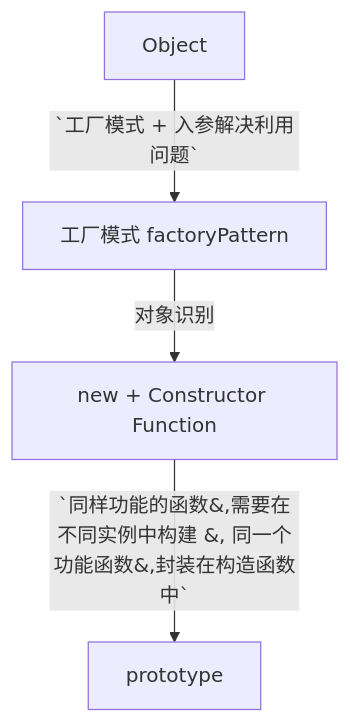
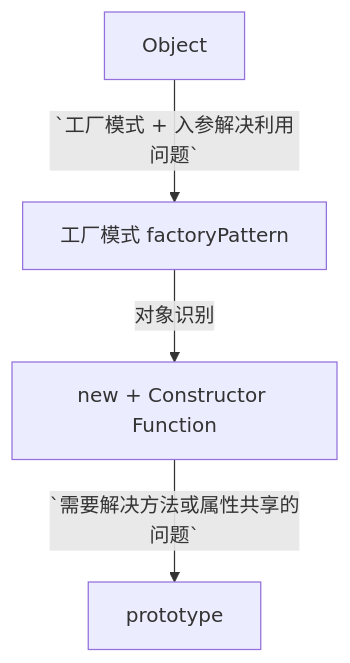
The first of 2 diagrams in source/_posts/JavaScript-Object-Oriented.md (HelenZhangLP/blog), drawn with Mermaid before and after one commit. The commit also changed other lines of this file, not shown here.

````diff
--- a/source/_posts/JavaScript-Object-Oriented.md
+++ b/source/_posts/JavaScript-Object-Oriented.md
@@ -137,6 +139,6 @@
 ```mermaid
 graph TD
 obj[Object] --> |`工厂模式 + 入参解决利用问题`| FP[工厂模式 factoryPattern]
 FP --> |对象识别| CF[new + Constructor Function]
-CF --> |`同样功能的函数&#44;需要在不同实例中构建 &#44; 同一个功能函数&#44;封装在构造函数中`| Proto[prototype]
+CF --> |`需要解决方法或属性共享的问题`| Proto[prototype]
 ```
````
